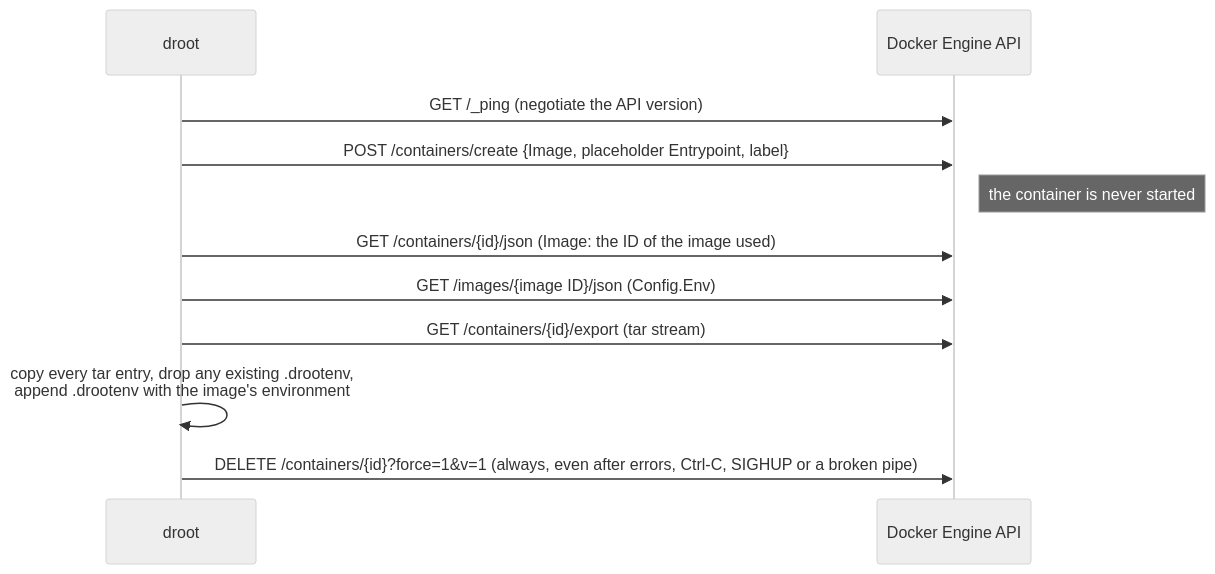
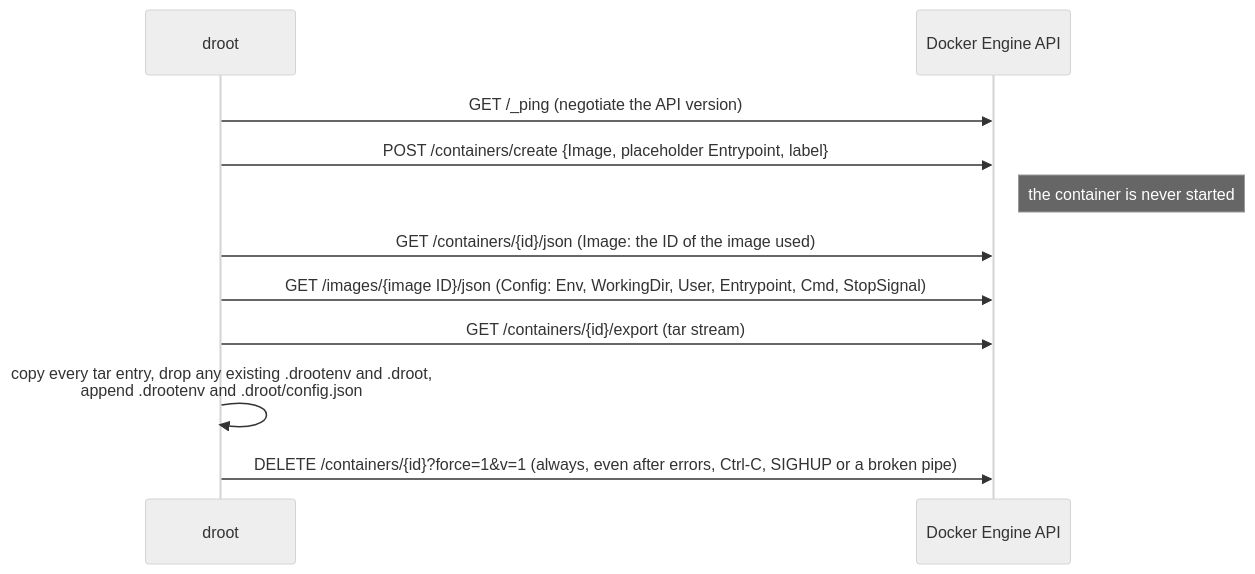
Before and after one commit to yuuki/droot: the second of 2 diagrams in documentation/architecture.md, drawn with Mermaid (neutral theme). The commit also changed other lines of this file and 13 other files, not shown here.

First line of the commit message:
Use the image configuration in droot run

````diff
--- a/documentation/architecture.md
+++ b/documentation/architecture.md
@@ -42,13 +43,13 @@
 ```mermaid
 sequenceDiagram
   participant D as droot
   participant E as Docker Engine API
   D->>E: GET /_ping (negotiate the API version)
   D->>E: POST /containers/create {Image, placeholder Entrypoint, label}
   Note right of E: the container is never started
   D->>E: GET /containers/{id}/json (Image: the ID of the image used)
-  D->>E: GET /images/{image ID}/json (Config.Env)
+  D->>E: GET /images/{image ID}/json (Config: Env, WorkingDir, User, Entrypoint, Cmd, StopSignal)
   D->>E: GET /containers/{id}/export (tar stream)
-  D->>D: copy every tar entry, drop any existing .drootenv,<br/>append .drootenv with the image's environment
+  D->>D: copy every tar entry, drop any existing .drootenv and .droot,<br/>append .drootenv and .droot/config.json
   D->>E: DELETE /containers/{id}?force=1&v=1 (always, even after errors, Ctrl-C, SIGHUP or a broken pipe)
 ```
````
